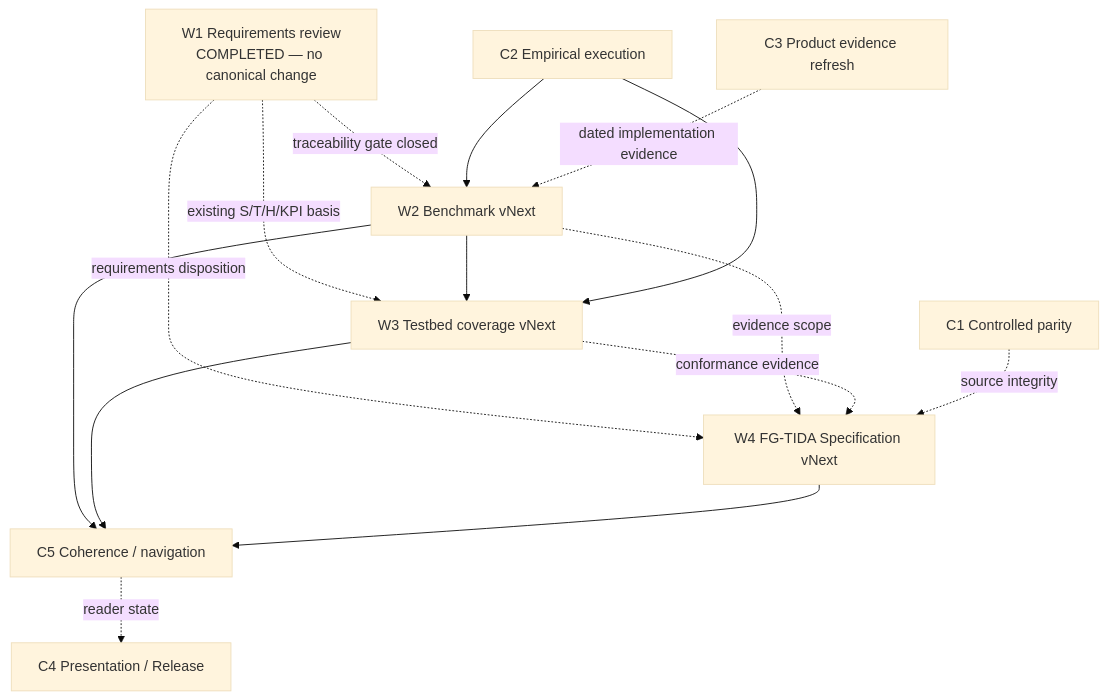
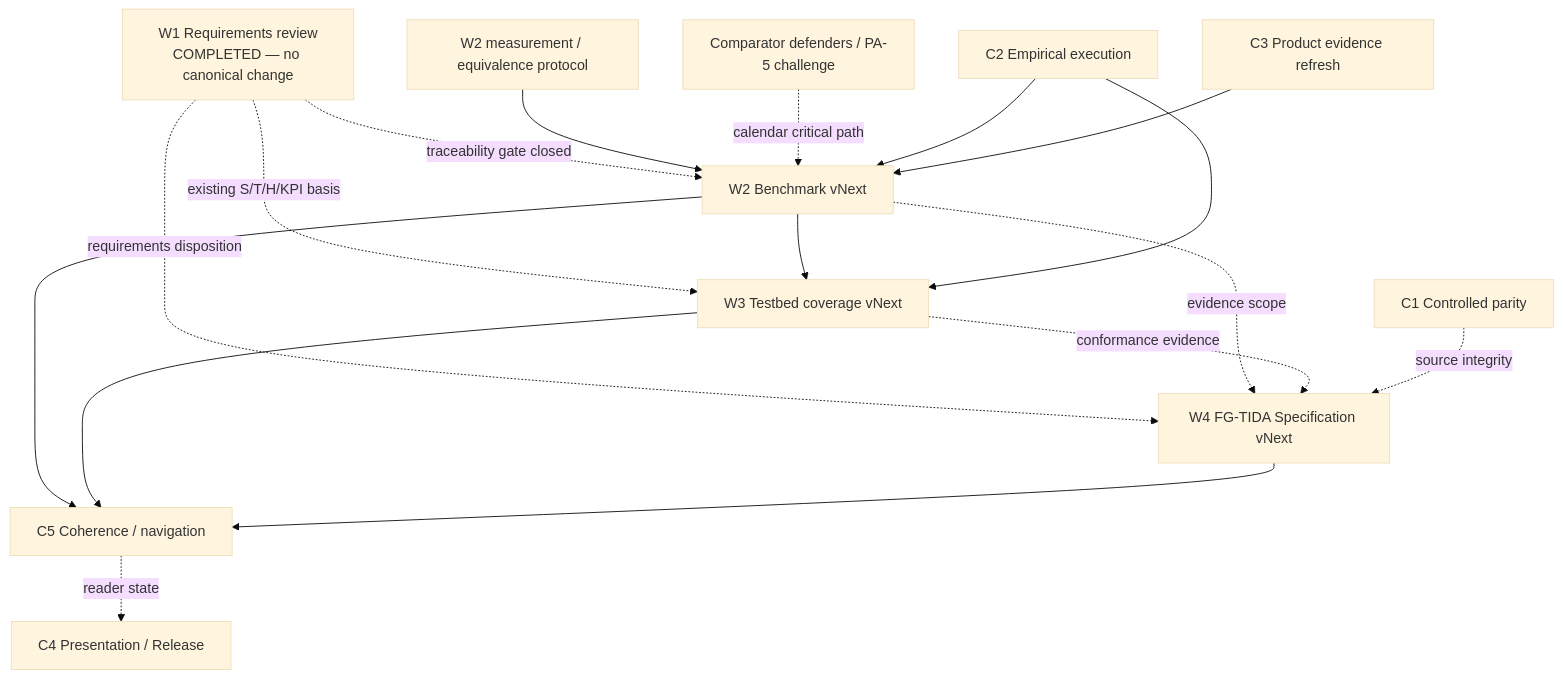
The diagram in research/ecosystem-awareness/WORKPLAN.md (dakleyer/structural-awareness-contributions), drawn with Mermaid (base theme) before and after one commit. The commit also changed other lines of this file, not shown here.

Commit message:
workplan: reorder W2 W3 around metrics defenders and Q1a v0.6

````diff
--- a/research/ecosystem-awareness/WORKPLAN.md
+++ b/research/ecosystem-awareness/WORKPLAN.md
@@ -210,28 +320,32 @@
 ```mermaid
 flowchart TB
     W1["W1 Requirements review\nCOMPLETED — no canonical change"]
     W2["W2 Benchmark vNext"]
     W3["W3 Testbed coverage vNext"]
     W4["W4 FG-TIDA Specification vNext"]
     C1["C1 Controlled parity"]
     C2["C2 Empirical execution"]
     C3["C3 Product evidence refresh"]
     C4["C4 Presentation / Release"]
     C5["C5 Coherence / navigation"]
+    M2["W2 measurement / equivalence protocol"]
+    DEF["Comparator defenders / PA-5 challenge"]
 
     W1 -. "traceability gate closed" .-> W2
+    M2 --> W2
+    DEF -. "calendar critical path" .-> W2
     W1 -. "existing S/T/H/KPI basis" .-> W3
     W2 --> W3
     W1 -. "requirements disposition" .-> W4
     W2 -. "evidence scope" .-> W4
     W3 -. "conformance evidence" .-> W4
 
     C1 -. "source integrity" .-> W4
     C2 --> W2
     C2 --> W3
-    C3 -. "dated implementation evidence" .-> W2
+    C3 --> W2
     W2 --> C5
     W3 --> C5
     W4 --> C5
     C5 -. "reader state" .-> C4
 ```
````
